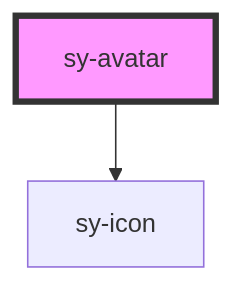
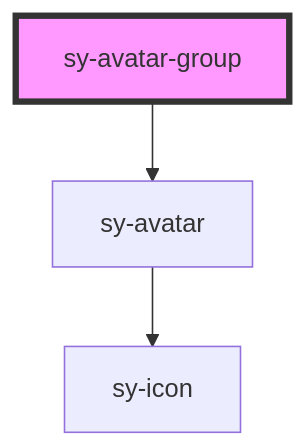
Before and after one commit to ksrae/saida-design-system-components: the diagram in design-system-light/src/components/avatar/readme.md, drawn with Mermaid. The commit also changed other lines of this file and 121 other files, not shown here.

````diff
--- a/design-system-light/src/components/avatar/readme.md
+++ b/design-system-light/src/components/avatar/readme.md
@@ -38,5 +31,6 @@
 ```mermaid
 graph TD;
+  sy-avatar-group --> sy-avatar
   sy-avatar --> sy-icon
-  style sy-avatar fill:#f9f,stroke:#333,stroke-width:4px
+  style sy-avatar-group fill:#f9f,stroke:#333,stroke-width:4px
 ```
````
